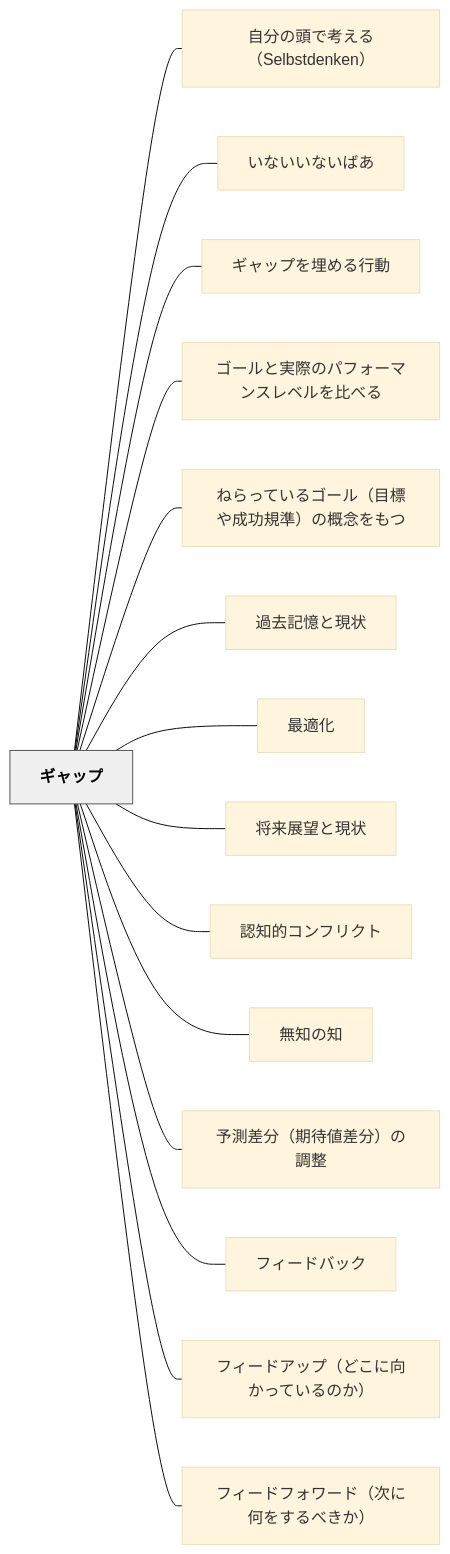
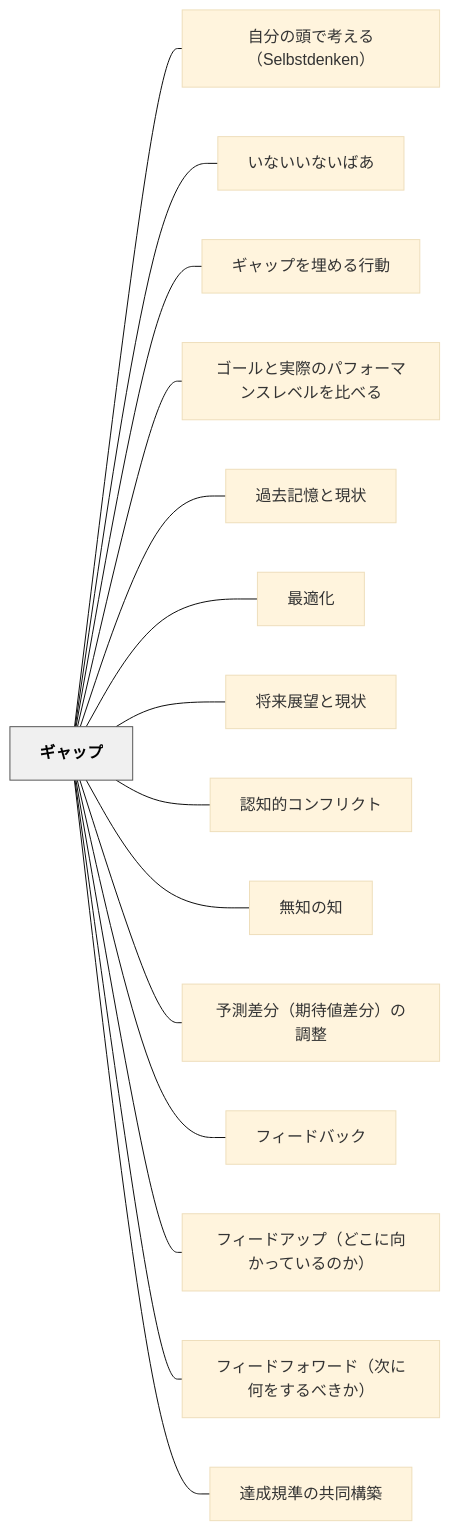
The diagram in content/パタン/ギャップ.md (unknownthings-ed-patterns/unknownthings-ed-patterns), drawn with Mermaid (base theme) before and after one commit. The commit also changed other lines of this file and 5 other files, not shown here.

````diff
--- a/content/パタン/ギャップ.md
+++ b/content/パタン/ギャップ.md
@@ -63,36 +61,36 @@
 ```mermaid
 flowchart LR
     ne382aee383a3e38383e38397["ギャップ"]
     ne887aae58886e381aee9a0ade381a7e88083e38188e3828befbc8853656c62737464656e6b656eefbc89["自分の頭で考える（Selbstdenken）"]
     ne38184e381aae38184e38184e381aae38184e381b0e38182["いないいないばあ"]
     ne382aee383a3e38383e38397e38292e59f8be38281e3828be8a18ce58b95["ギャップを埋める行動"]
     ne382b4e383bce383abe381a8e5ae9fe99a9be381aee38391e38395e382a9e383bce3839ee383b3e382b9e383ace38399e383abe38292e6af94e381b9e3828b["ゴールと実際のパフォーマンスレベルを比べる"]
-    ne381ade38289e381a3e381a6e38184e3828be382b4e383bce383abefbc88e79baee6a899e38284e68890e58a9fe8a68fe6ba96efbc89e381aee6a682e5bfb5e38292e38282e381a4["ねらっているゴール（目標や成功規準）の概念をもつ"]
     ne9818ee58ebbe8a898e686b6e381a8e78fbee78ab6["過去記憶と現状"]
     ne69c80e981a9e58c96["最適化"]
     ne5b086e69da5e5b195e69c9be381a8e78fbee78ab6["将来展望と現状"]
     ne8aa8de79fa5e79a84e382b3e383b3e38395e383aae382afe38388["認知的コンフリクト"]
     ne784a1e79fa5e381aee79fa5["無知の知"]
     ne4ba88e6b8ace5b7aee58886efbc88e69c9fe5be85e580a4e5b7aee58886efbc89e381aee8aabfe695b4["予測差分（期待値差分）の調整"]
     ne38395e382a3e383bce38389e38390e38383e382af["フィードバック"]
     ne38395e382a3e383bce38389e382a2e38383e38397efbc88e381a9e38193e381abe59091e3818be381a3e381a6e38184e3828be381aee3818befbc89["フィードアップ（どこに向かっているのか）"]
     ne38395e382a3e383bce38389e38395e382a9e383afe383bce38389efbc88e6aca1e381abe4bd95e38292e38199e3828be381b9e3818de3818befbc89["フィードフォワード（次に何をするべきか）"]
+    ne98194e68890e8a68fe6ba96e381aee585b1e5908ce6a78be7af89["達成規準の共同構築"]
 
     ne382aee383a3e38383e38397 --- ne887aae58886e381aee9a0ade381a7e88083e38188e3828befbc8853656c62737464656e6b656eefbc89
     ne382aee383a3e38383e38397 --- ne38184e381aae38184e38184e381aae38184e381b0e38182
     ne382aee383a3e38383e38397 --- ne382aee383a3e38383e38397e38292e59f8be38281e3828be8a18ce58b95
     ne382aee383a3e38383e38397 --- ne382b4e383bce383abe381a8e5ae9fe99a9be381aee38391e38395e382a9e383bce3839ee383b3e382b9e383ace38399e383abe38292e6af94e381b9e3828b
-    ne382aee383a3e38383e38397 --- ne381ade38289e381a3e381a6e38184e3828be382b4e383bce383abefbc88e79baee6a899e38284e68890e58a9fe8a68fe6ba96efbc89e381aee6a682e5bfb5e38292e38282e381a4
     ne382aee383a3e38383e38397 --- ne9818ee58ebbe8a898e686b6e381a8e78fbee78ab6
     ne382aee383a3e38383e38397 --- ne69c80e981a9e58c96
     ne382aee383a3e38383e38397 --- ne5b086e69da5e5b195e69c9be381a8e78fbee78ab6
     ne382aee383a3e38383e38397 --- ne8aa8de79fa5e79a84e382b3e383b3e38395e383aae382afe38388
     ne382aee383a3e38383e38397 --- ne784a1e79fa5e381aee79fa5
     ne382aee383a3e38383e38397 --- ne4ba88e6b8ace5b7aee58886efbc88e69c9fe5be85e580a4e5b7aee58886efbc89e381aee8aabfe695b4
     ne382aee383a3e38383e38397 --- ne38395e382a3e383bce38389e38390e38383e382af
     ne382aee383a3e38383e38397 --- ne38395e382a3e383bce38389e382a2e38383e38397efbc88e381a9e38193e381abe59091e3818be381a3e381a6e38184e3828be381aee3818befbc89
     ne382aee383a3e38383e38397 --- ne38395e382a3e383bce38389e38395e382a9e383afe383bce38389efbc88e6aca1e381abe4bd95e38292e38199e3828be381b9e3818de3818befbc89
+    ne382aee383a3e38383e38397 --- ne98194e68890e8a68fe6ba96e381aee585b1e5908ce6a78be7af89
 
     classDef hub fill:#f0f0f0,stroke:#555,color:#000,font-weight:bold
     class ne382aee383a3e38383e38397 hub
 ```
````
